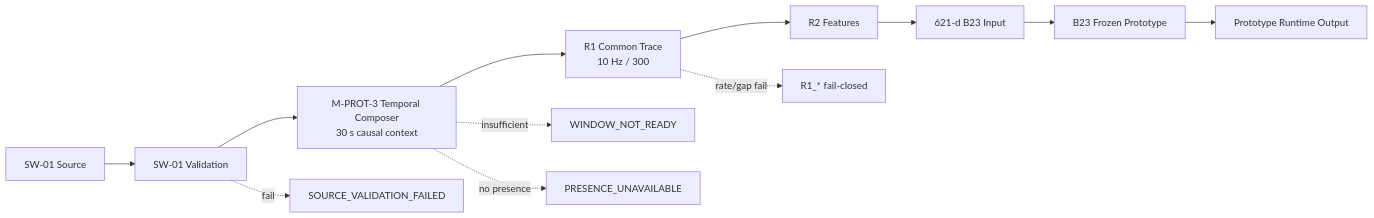
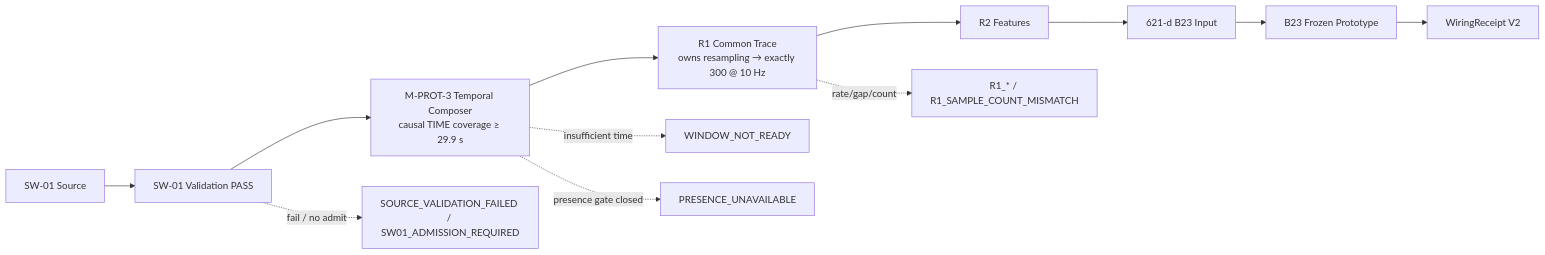
One commit to sheepmeat/test changed the diagram in docs/mmwave/20260827_SafeNest_mmWave_V2_M_PROT_3_Integration_Runtime_Wiring_01.md. Above: the diagram before and after it, drawn with Mermaid. The commit also changed other lines of this file and 7 other files, not shown here.

Commit message:
fix(mmwave): close M-PROT-3 runtime wiring gates

````diff
--- a/docs/mmwave/20260827_SafeNest_mmWave_V2_M_PROT_3_Integration_Runtime_Wiring_01.md
+++ b/docs/mmwave/20260827_SafeNest_mmWave_V2_M_PROT_3_Integration_Runtime_Wiring_01.md
@@ -36,24 +38,24 @@
 ```mermaid
 flowchart LR
     SRC["SW-01 Source"]
-    VAL["SW-01 Validation"]
-    WIN["M-PROT-3 Temporal Composer<br/>30 s causal context"]
-    R1["R1 Common Trace<br/>10 Hz / 300"]
+    VAL["SW-01 Validation PASS"]
+    WIN["M-PROT-3 Temporal Composer<br/>causal TIME coverage ≥ 29.9 s"]
+    R1["R1 Common Trace<br/>owns resampling → exactly 300 @ 10 Hz"]
     R2["R2 Features"]
     IN["621-d B23 Input"]
     B23["B23 Frozen Prototype"]
-    OUT["Prototype Runtime Output"]
+    OUT["WiringReceipt V2"]
 
     SRC --> VAL
     VAL --> WIN
     WIN --> R1
     R1 --> R2
     R2 --> IN
     IN --> B23
     B23 --> OUT
 
-    VAL -.->|fail| FC1["SOURCE_VALIDATION_FAILED"]
-    WIN -.->|insufficient| FC2["WINDOW_NOT_READY"]
-    WIN -.->|no presence| FC3["PRESENCE_UNAVAILABLE"]
-    R1 -.->|rate/gap fail| FC4["R1_* fail-closed"]
+    VAL -.->|fail / no admit| FC1["SOURCE_VALIDATION_FAILED / SW01_ADMISSION_REQUIRED"]
+    WIN -.->|insufficient time| FC2["WINDOW_NOT_READY"]
+    WIN -.->|presence gate closed| FC3["PRESENCE_UNAVAILABLE"]
+    R1 -.->|rate/gap/count| FC4["R1_* / R1_SAMPLE_COUNT_MISMATCH"]
 ```
````
